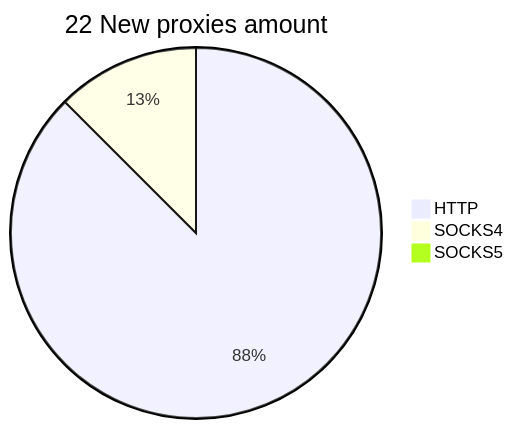
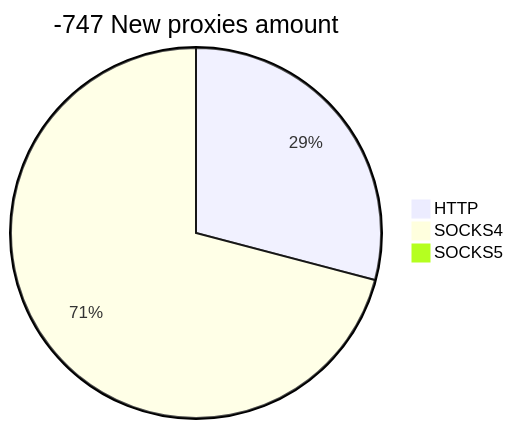
Before and after one commit to cutipu/proxylist: the second of 2 diagrams in README.md, drawn with Mermaid. The commit also changed other lines of this file, not shown here.

````diff
--- a/README.md
+++ b/README.md
@@ -10,6 +10,6 @@
 ```mermaid
-pie title 22 New proxies amount
-    "HTTP" : 21
-    "SOCKS4" : 3
+pie title -747 New proxies amount
+    "HTTP" : 16
+    "SOCKS4" : 39
     "SOCKS5" : 0
 ```
````
